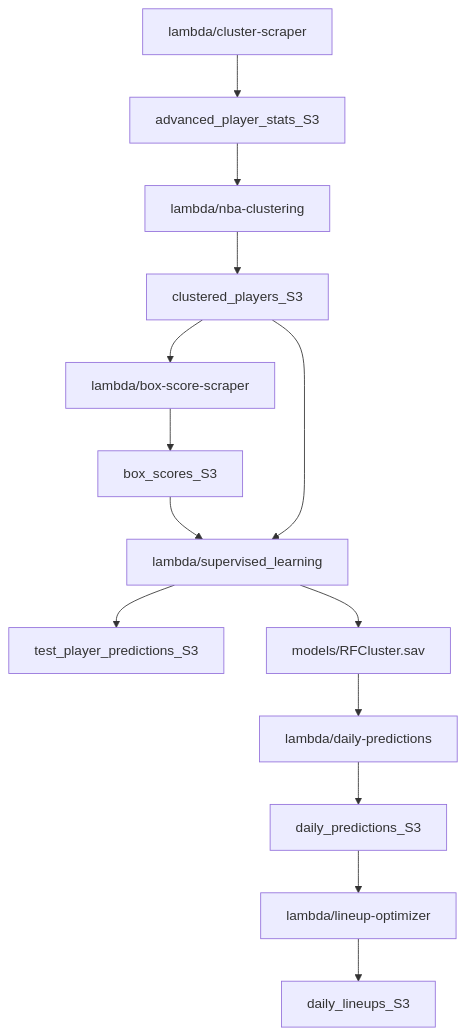
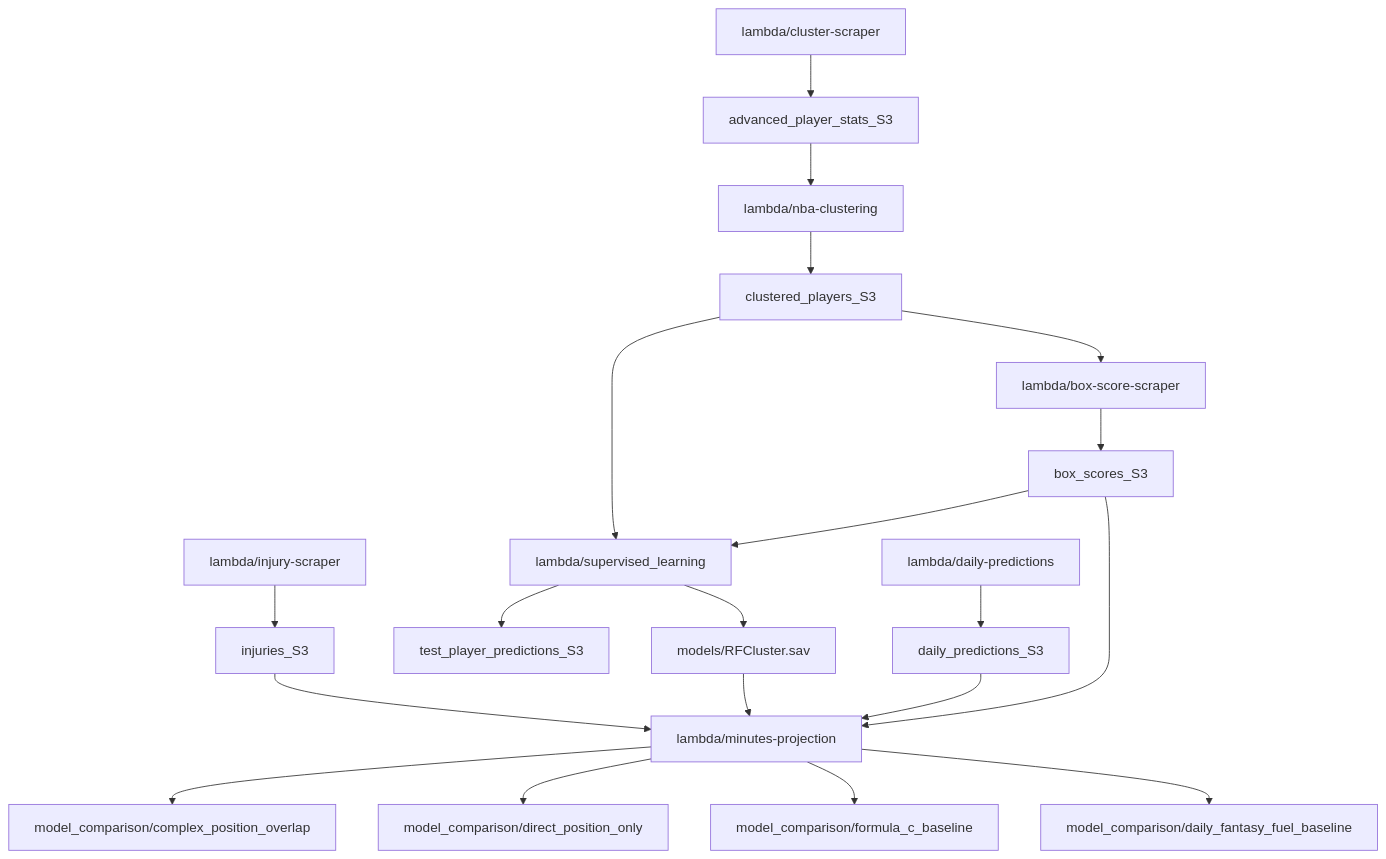
The diagram in documentation/ProjectOverview.md (ibracken/NBA_Machine_Learning), drawn with Mermaid before and after one commit. The commit also changed other lines of this file and 19 other files, not shown here.

````diff
--- a/documentation/ProjectOverview.md
+++ b/documentation/ProjectOverview.md
@@ -100,17 +100,23 @@
 ```mermaid
 graph TD;
     lambda/cluster-scraper-->advanced_player_stats_S3;
     lambda/box-score-scraper-->box_scores_S3;
+    lambda/injury-scraper-->injuries_S3;
     advanced_player_stats_S3-->lambda/nba-clustering;
     lambda/nba-clustering-->clustered_players_S3;
     box_scores_S3-->lambda/supervised_learning;
     clustered_players_S3-->lambda/supervised_learning;
     lambda/supervised_learning-->test_player_predictions_S3;
     lambda/supervised_learning-->models/RFCluster.sav;
-    models/RFCluster.sav-->lambda/daily-predictions;
     clustered_players_S3-->lambda/box-score-scraper;
     lambda/daily-predictions-->daily_predictions_S3;
-    daily_predictions_S3-->lambda/lineup-optimizer;
-    lambda/lineup-optimizer-->daily_lineups_S3;
+    daily_predictions_S3-->lambda/minutes-projection;
+    box_scores_S3-->lambda/minutes-projection;
+    injuries_S3-->lambda/minutes-projection;
+    models/RFCluster.sav-->lambda/minutes-projection;
+    lambda/minutes-projection-->model_comparison/complex_position_overlap;
+    lambda/minutes-projection-->model_comparison/direct_position_only;
+    lambda/minutes-projection-->model_comparison/formula_c_baseline;
+    lambda/minutes-projection-->model_comparison/daily_fantasy_fuel_baseline;
 
 ```
````
